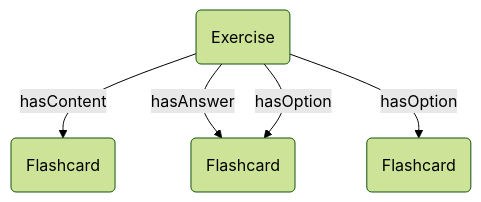
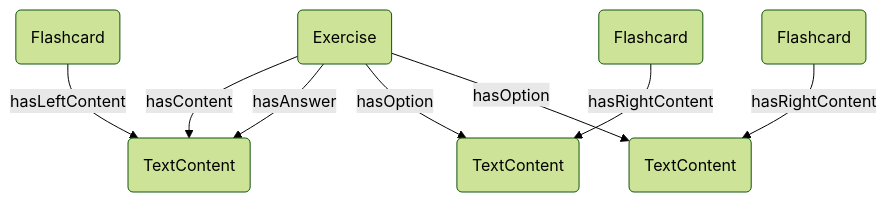
Diagram 12 of 16 in docs/graph-representation.md (Explik/diybirdyapp), drawn with Mermaid (forest theme) before and after one commit. The commit also changed other lines of this file, not shown here.

````diff
--- a/docs/graph-representation.md
+++ b/docs/graph-representation.md
@@ -166,12 +166,19 @@
 ```mermaid
 graph TB
 Exercise(Exercise)
 Flashcard1(Flashcard)
+TextContent1A(TextContent)
 Flashcard2(Flashcard)
+TextContent2B(TextContent)
 Flashcard3(Flashcard)
+TextContent3B(TextContent)
 
-Exercise--hasContent-->Flashcard1
-Exercise--hasAnswer-->Flashcard2
-Exercise--hasOption-->Flashcard2
-Exercise--hasOption-->Flashcard3
+Exercise--hasContent-->TextContent1A
+Exercise--hasAnswer-->TextContent1A
+Exercise--hasOption-->TextContent2B
+Exercise--hasOption-->TextContent3B
+
+Flashcard1--hasLeftContent-->TextContent1A
+Flashcard2--hasRightContent-->TextContent2B
+Flashcard3--hasRightContent-->TextContent3B
 ```
````
